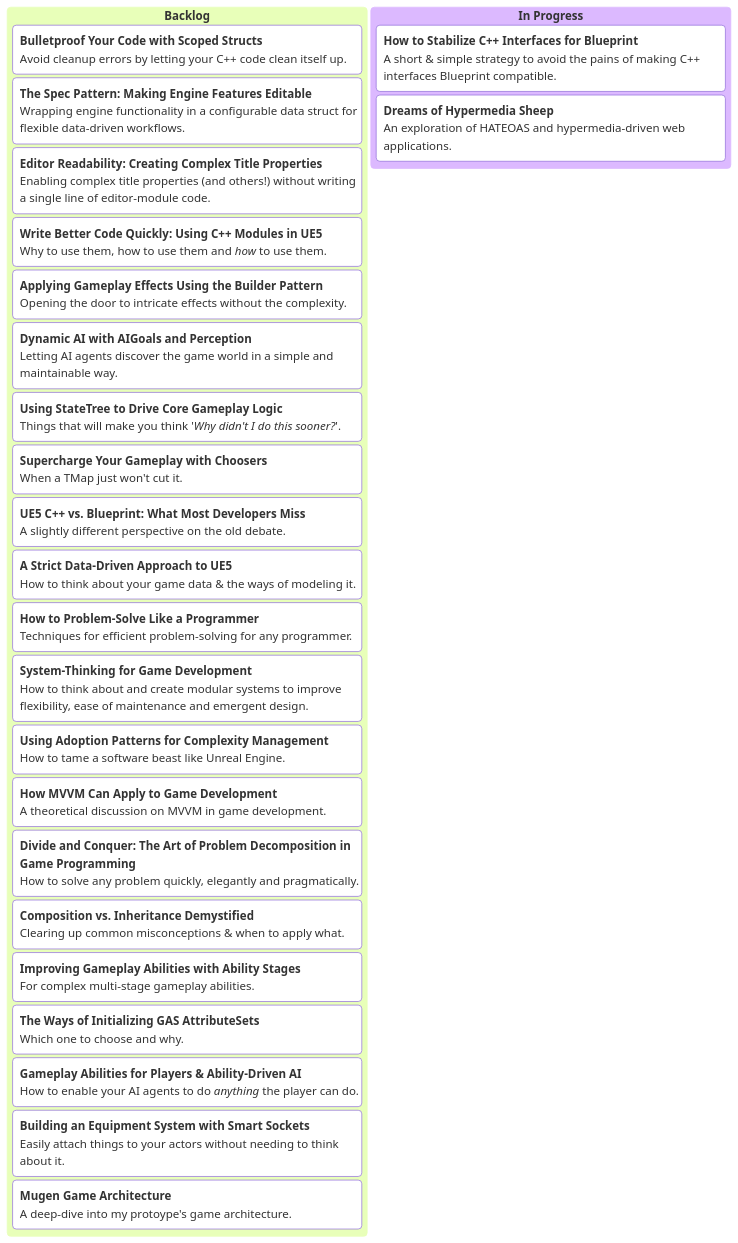
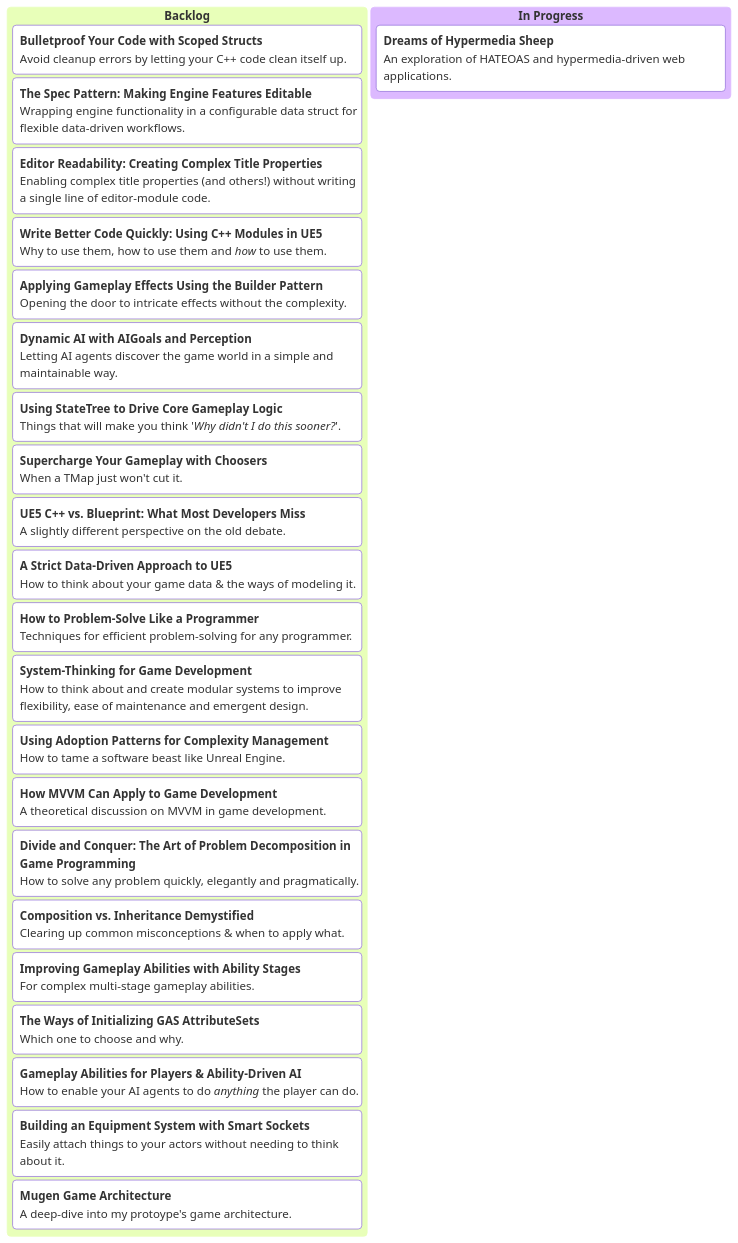
One commit to mugenmelon/mugenmelon.github.io changed the diagram in kanban.md. Above: the diagram before and after it, drawn with Mermaid. The commit also changed 11 other files, not shown here.

Commit message:
How to Stabilize C++ Interfaces for Blueprint (#6)

```diff
--- a/kanban.md
+++ b/kanban.md
@@ -8,57 +8,55 @@
 <pre class="mermaid">
 ---
 config:
     kanban:
         sectionWidth: 500
 ---
 kanban
     ["`**Backlog**`"]
         ["`**Bulletproof Your Code with Scoped Structs**
             Avoid cleanup errors by letting your C++ code clean itself up.`"]
         ["`**The Spec Pattern: Making Engine Features Editable**
             Wrapping engine functionality in a configurable data struct for flexible data-driven workflows.`"]
         ["`**Editor Readability: Creating Complex Title Properties**
             Enabling complex title properties (and others!) without writing a single line of editor-module code.`"]
         ["`**Write Better Code Quickly: Using C++ Modules in UE5**
             Why to use them, how to use them and *how* to use them.`"]
         ["`**Applying Gameplay Effects Using the Builder Pattern**
             Opening the door to intricate effects without the complexity.`"]
         ["`**Dynamic AI with AIGoals and Perception**
             Letting AI agents discover the game world in a simple and maintainable way.`"]
         ["`**Using StateTree to Drive Core Gameplay Logic**
             Things that will make you think '*Why didn't I do this sooner?*'.`"]
         ["`**Supercharge Your Gameplay with Choosers**
             When a TMap just won't cut it.`"]
         
         ["`**UE5 C++ vs. Blueprint: What Most Developers Miss**
             A slightly different perspective on the old debate.`"]
         ["`**A Strict Data-Driven Approach to UE5**
             How to think about your game data & the ways of modeling it.`"]
         ["`**How to Problem-Solve Like a Programmer**
             Techniques for efficient problem-solving for any programmer.`"]
         ["`**System-Thinking for Game Development**
             How to think about and create modular systems to improve flexibility, ease of maintenance and emergent design.`"]
         ["`**Using Adoption Patterns for Complexity Management**
             How to tame a software beast like Unreal Engine.`"]
         ["`**How MVVM Can Apply to Game Development**
             A theoretical discussion on MVVM in game development.`"]
         ["`**Divide and Conquer: The Art of Problem Decomposition in Game Programming**
             How to solve any problem quickly, elegantly and pragmatically.`"]
         ["`**Composition vs. Inheritance Demystified**
             Clearing up common misconceptions & when to apply what.`"]
         ["`**Improving Gameplay Abilities with Ability Stages**
             For complex multi-stage gameplay abilities.`"]
         ["`**The Ways of Initializing GAS AttributeSets**
             Which one to choose and why.`"]
         ["`**Gameplay Abilities for Players & Ability-Driven AI**
             How to enable your AI agents to do *anything* the player can do.`"]
         ["`**Building an Equipment System with Smart Sockets**
             Easily attach things to your actors without needing to think about it.`"]
         ["`**Mugen Game Architecture**
             A deep-dive into my protoype's game architecture.`"]
     ["`**In Progress**`"]
-        ["`**How to Stabilize C++ Interfaces for Blueprint**
-            A short & simple strategy to avoid the pains of making C++ interfaces Blueprint compatible.`"]
         ["`**Dreams of Hypermedia Sheep**
             An exploration of HATEOAS and hypermedia-driven web applications.`"]
 </pre>
```
